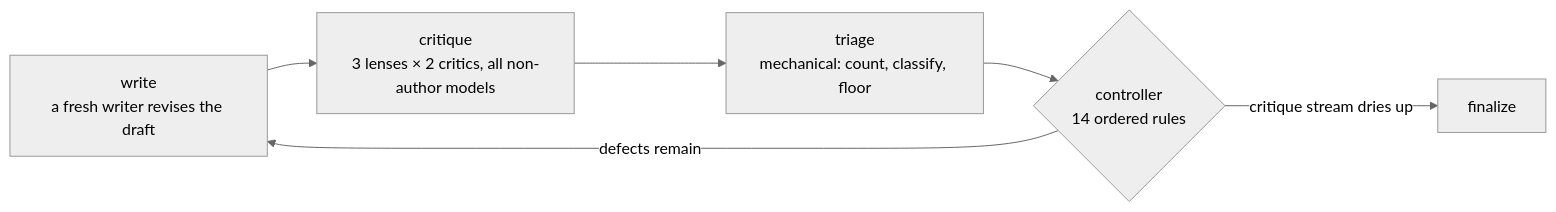
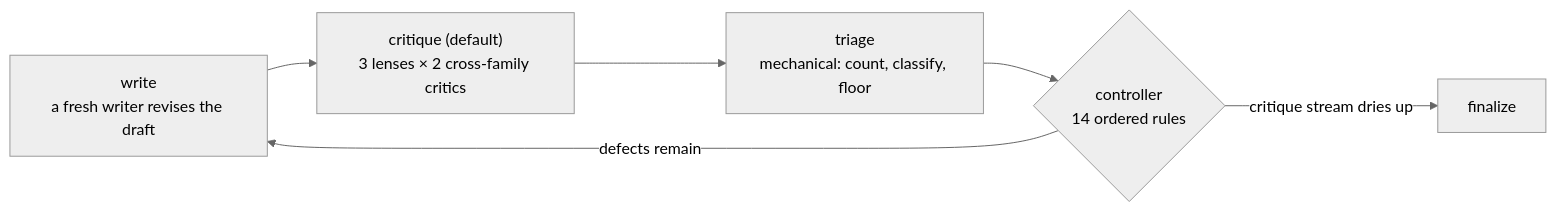
The second of 2 diagrams in docs/concepts.md (NickBorgers/reasonable-answer), drawn with Mermaid (neutral theme) before and after one commit. The commit also changed other lines of this file and 15 other files, not shown here.

````diff
--- a/docs/concepts.md
+++ b/docs/concepts.md
@@ -148,8 +148,8 @@
 ```mermaid
 flowchart LR
-    G["write<br/>a fresh writer revises the draft"] --> K["critique<br/>3 lenses × 2 critics, all non-author models"]
+    G["write<br/>a fresh writer revises the draft"] --> K["critique (default)<br/>3 lenses × 2 cross-family critics"]
     K --> TR["triage<br/>mechanical: count, classify, floor"]
     TR --> D{"controller<br/>14 ordered rules"}
     D -->|"defects remain"| G
     D -->|"critique stream dries up"| F["finalize"]
 ```
````
